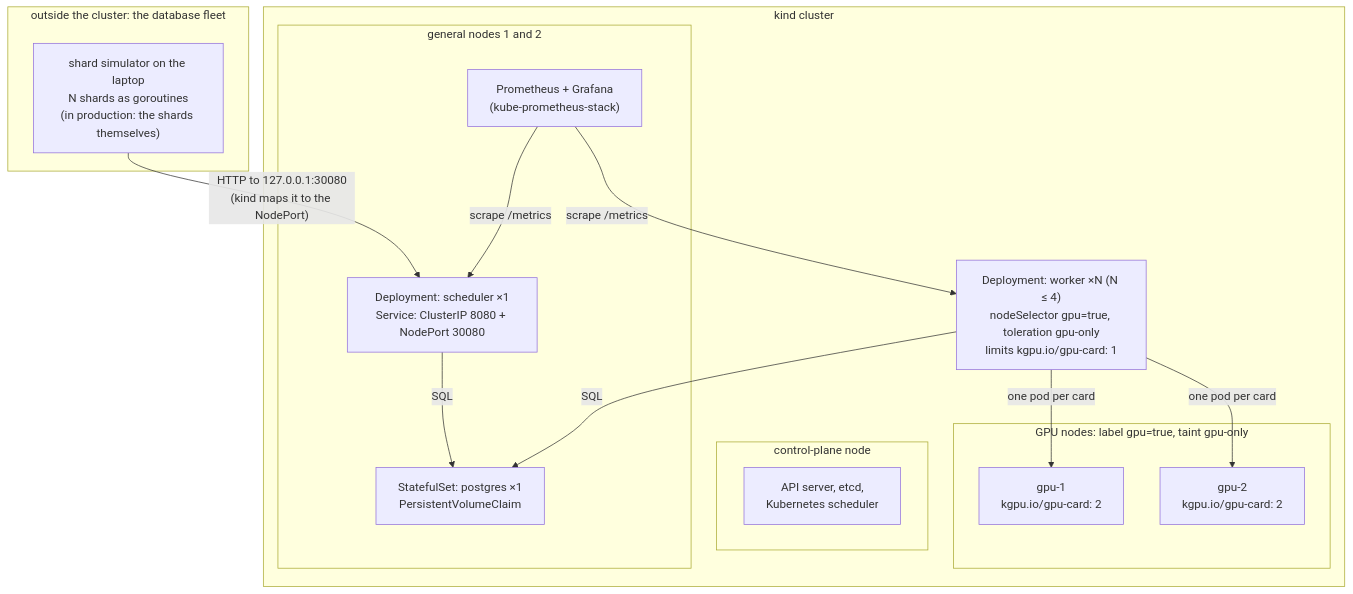
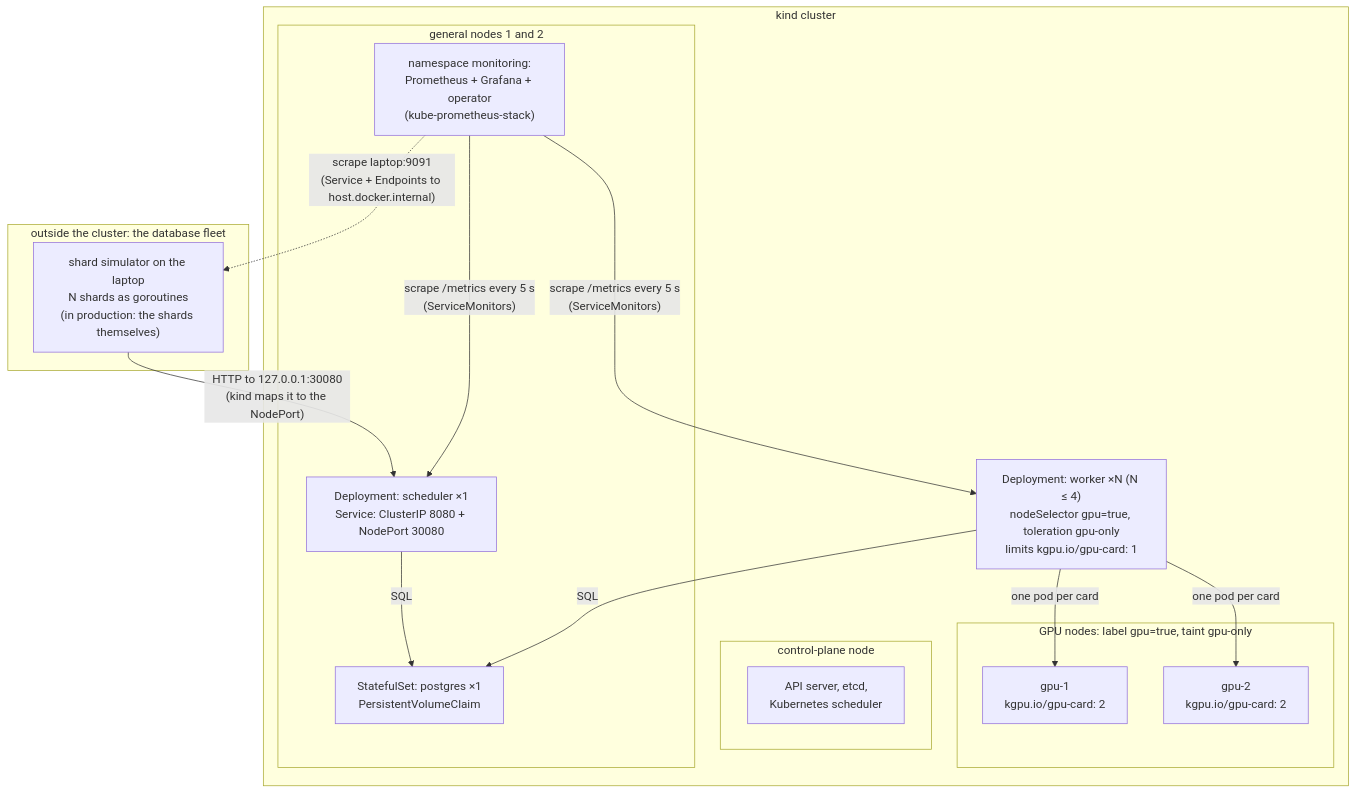
The first of 3 diagrams in docs/design/phase2-kubernetes.md (arqbca11/HNSWonGPUs), drawn with Mermaid before and after one commit. The commit also changed other lines of this file and 40 other files, not shown here.

````diff
--- a/docs/design/phase2-kubernetes.md
+++ b/docs/design/phase2-kubernetes.md
@@ -15,26 +15,27 @@
 ```mermaid
 flowchart TB
     subgraph kind["kind cluster"]
         subgraph cp["control-plane node"]
             KAPI["API server, etcd,<br/>Kubernetes scheduler"]
         end
         subgraph gpu["GPU nodes: label gpu=true, taint gpu-only"]
             G1["gpu-1<br/>kgpu.io/gpu-card: 2"]
             G2["gpu-2<br/>kgpu.io/gpu-card: 2"]
         end
         WD["Deployment: worker ×N (N ≤ 4)<br/>nodeSelector gpu=true, toleration gpu-only<br/>limits kgpu.io/gpu-card: 1"]
         subgraph n2["general nodes 1 and 2"]
             SD["Deployment: scheduler ×1<br/>Service: ClusterIP 8080 + NodePort 30080"]
             PGS["StatefulSet: postgres ×1<br/>PersistentVolumeClaim"]
-            MON["Prometheus + Grafana<br/>(kube-prometheus-stack)"]
+            MON["namespace monitoring:<br/>Prometheus + Grafana + operator<br/>(kube-prometheus-stack)"]
         end
     end
     subgraph outside["outside the cluster: the database fleet"]
         SS["shard simulator on the laptop<br/>N shards as goroutines<br/>(in production: the shards themselves)"]
     end
     WD -- "one pod per card" --> G1 & G2
     SS -- "HTTP to 127.0.0.1:30080<br/>(kind maps it to the NodePort)" --> SD
     SD -- SQL --> PGS
     WD -- SQL --> PGS
-    MON -- "scrape /metrics" --> SD & WD
+    MON -- "scrape /metrics every 5 s<br/>(ServiceMonitors)" --> SD & WD
+    MON -. "scrape laptop:9091<br/>(Service + Endpoints to host.docker.internal)" .-> SS
 ```
````
